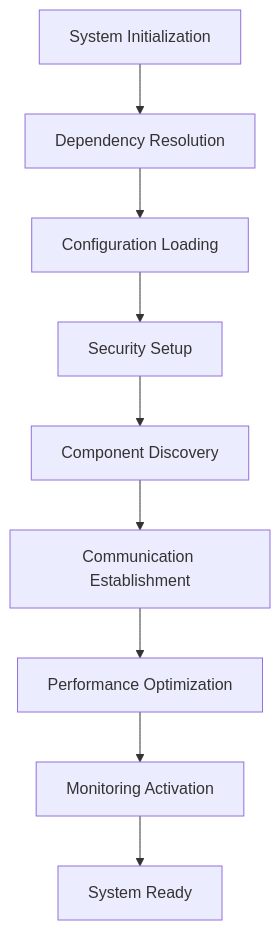
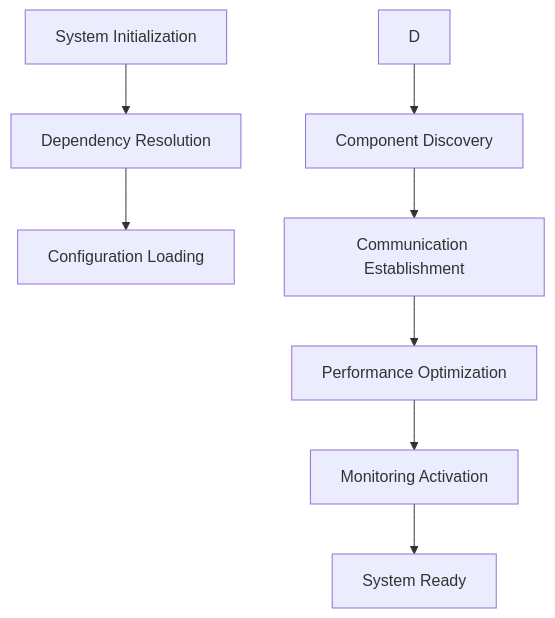
Before and after one commit to sutazai/sutazaiapp: the diagram in docs/SYSTEM_INTEGRATION_GUIDE.md, drawn with Mermaid. The commit also changed other lines of this file and 1032 other files, not shown here.

````diff
--- a/docs/SYSTEM_INTEGRATION_GUIDE.md
+++ b/docs/SYSTEM_INTEGRATION_GUIDE.md
@@ -117,11 +114,10 @@
 ```mermaid
 graph TD
     A[System Initialization] --> B[Dependency Resolution]
     B --> C[Configuration Loading]
-    C --> D[Security Setup]
     D --> E[Component Discovery]
     E --> F[Communication Establishment]
     F --> G[Performance Optimization]
     G --> H[Monitoring Activation]
     H --> I[System Ready]
 ```
````
